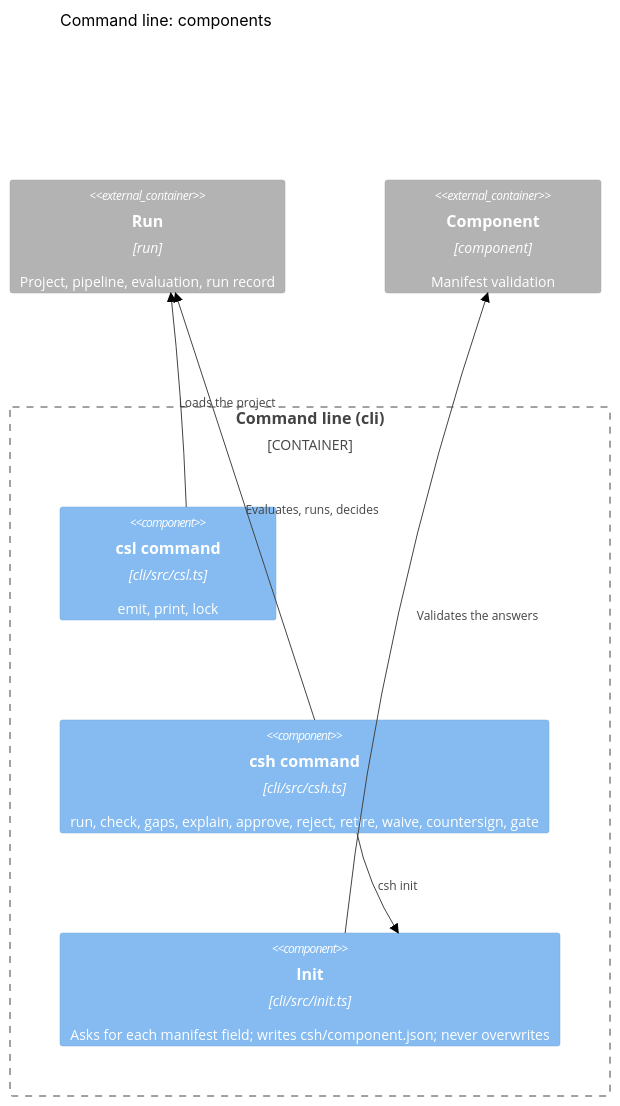
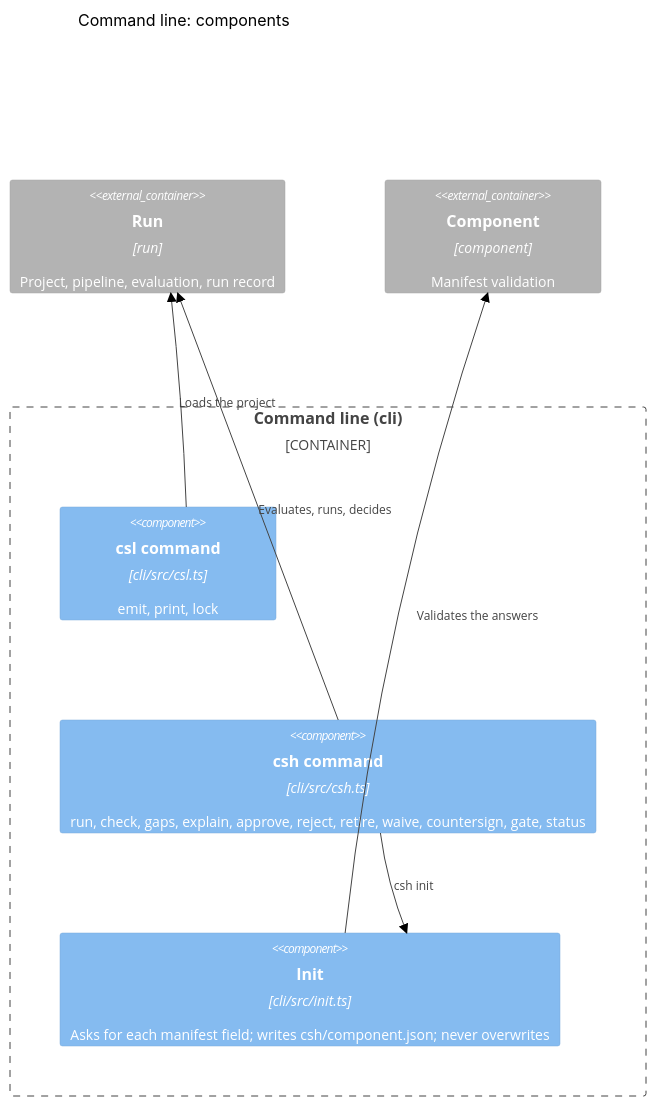
The diagram in docs/architecture/components-cli.mmd (lgriffin/CSH), drawn with Mermaid (neutral theme) before and after one commit. The commit also changed 23 other files, not shown here.

First line of the commit message:
Stage 17: authority made real (csh status, the CI gate job, the owner's runbook)

```diff
--- a/docs/architecture/components-cli.mmd
+++ b/docs/architecture/components-cli.mmd
@@ -1,14 +1,14 @@
 %% C4 level 3: components of the command line.
 C4Component
   title Command line: components
   Container_Boundary(cl, "Command line (cli)") {
     Component(csl, "csl command", "cli/src/csl.ts", "emit, print, lock")
-    Component(csh, "csh command", "cli/src/csh.ts", "run, check, gaps, explain, approve, reject, retire, waive, countersign, gate")
+    Component(csh, "csh command", "cli/src/csh.ts", "run, check, gaps, explain, approve, reject, retire, waive, countersign, gate, status")
     Component(init, "Init", "cli/src/init.ts", "Asks for each manifest field; writes csh/component.json; never overwrites")
   }
   Container_Ext(run, "Run", "run", "Project, pipeline, evaluation, run record")
   Container_Ext(component, "Component", "component", "Manifest validation")
   Rel(csh, run, "Evaluates, runs, decides")
   Rel(csh, init, "csh init")
   Rel(init, component, "Validates the answers")
   Rel(csl, run, "Loads the project")
```
